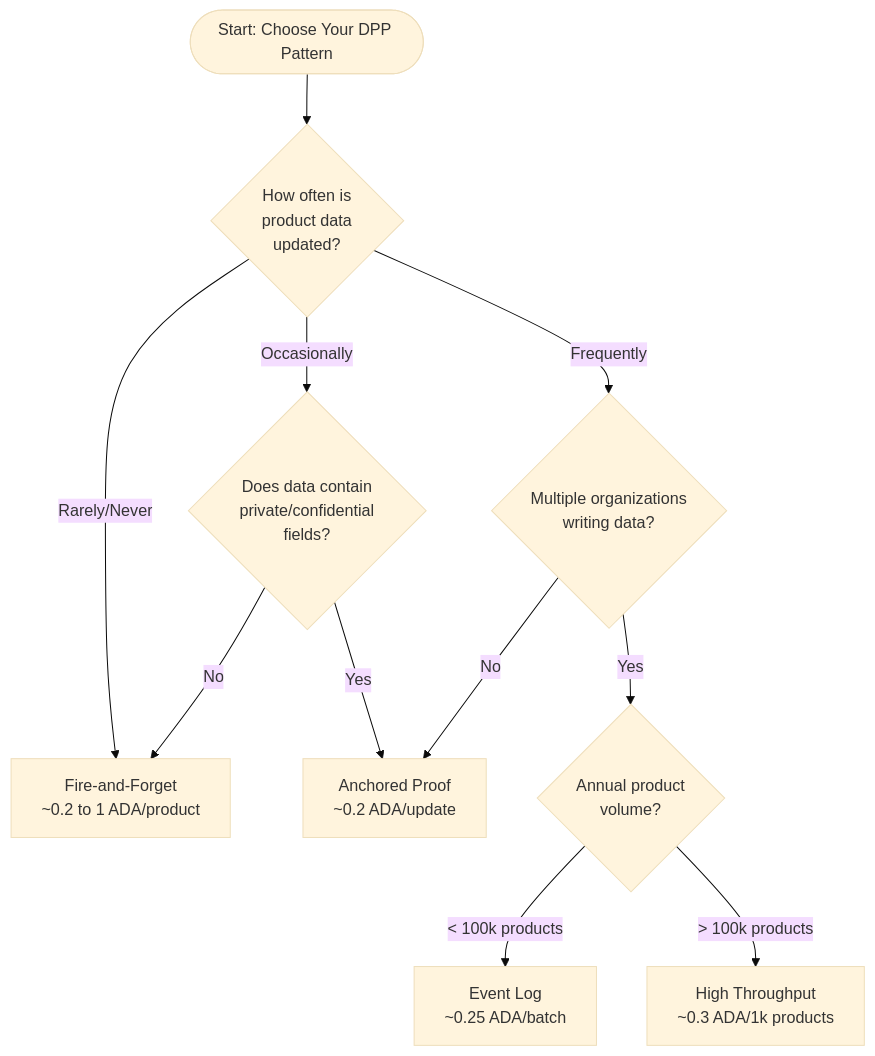
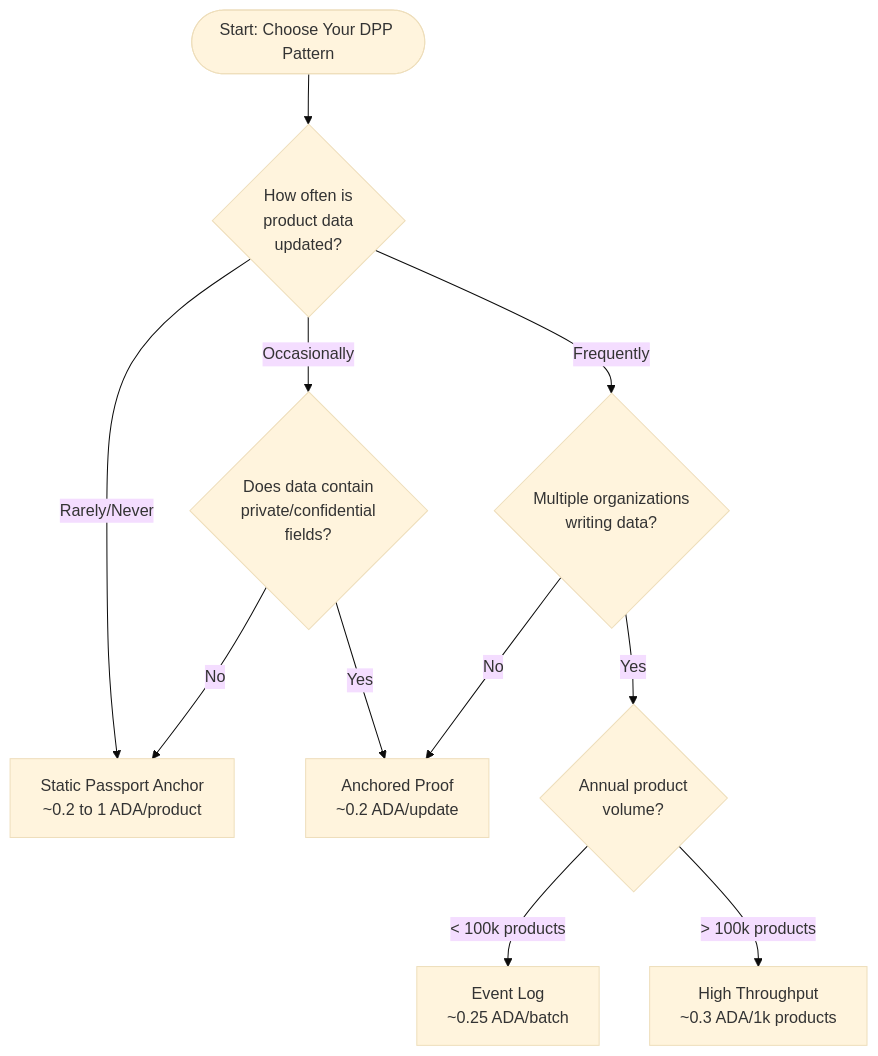
The first of 9 diagrams in DPP-Blueprint-Cardano-v0.1.md (satran004/cardano-dpp-blueprint), drawn with Mermaid (base theme) before and after one commit. The commit also changed other lines of this file, not shown here.

````diff
--- a/DPP-Blueprint-Cardano-v0.1.md
+++ b/DPP-Blueprint-Cardano-v0.1.md
@@ -74,17 +74,17 @@
 ```mermaid
 flowchart TD
     Start([Start: Choose Your DPP Pattern]) --> Q1{How often is<br/>product data<br/>updated?}
 
-    Q1 -->|Rarely/Never| Pattern1[Fire-and-Forget<br/>~0.2 to 1 ADA/product]
+    Q1 -->|Rarely/Never| Pattern1[Static Passport Anchor<br/>~0.2 to 1 ADA/product]
     Q1 -->|Occasionally| Q2{Does data contain<br/>private/confidential<br/>fields?}
     Q1 -->|Frequently| Q3{Multiple organizations<br/>writing data?}
 
     Q2 -->|Yes| Pattern2[Anchored Proof<br/>~0.2 ADA/update]
     Q2 -->|No| Pattern1
 
     Q3 -->|Yes| Q4{Annual product<br/>volume?}
     Q3 -->|No| Pattern2
 
     Q4 -->|< 100k products| Pattern3[Event Log<br/>~0.25 ADA/batch]
     Q4 -->|> 100k products| Pattern4[High Throughput<br/>~0.3 ADA/1k products]
 ```
````
